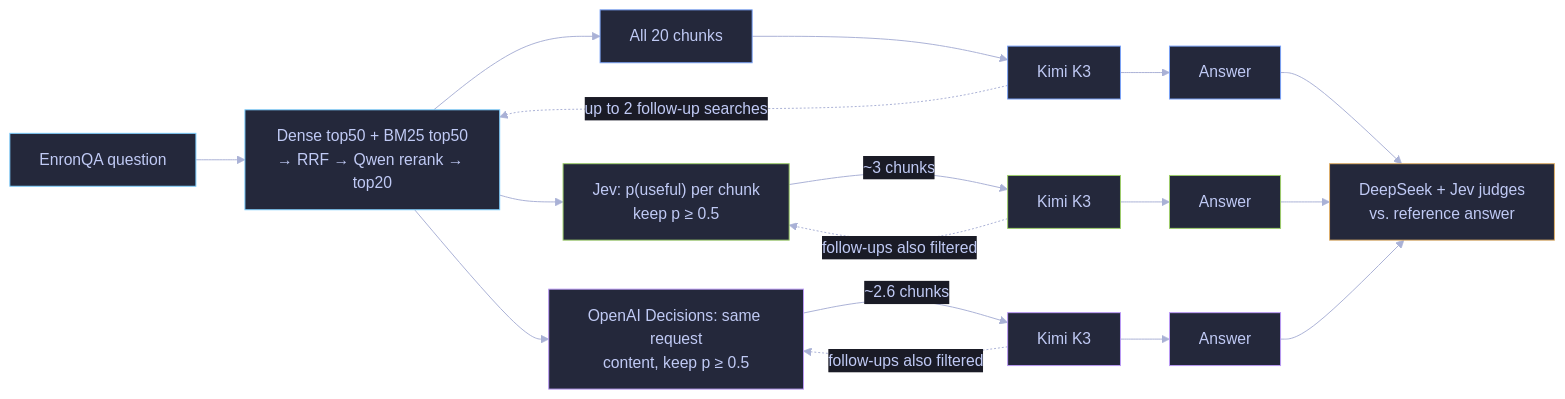
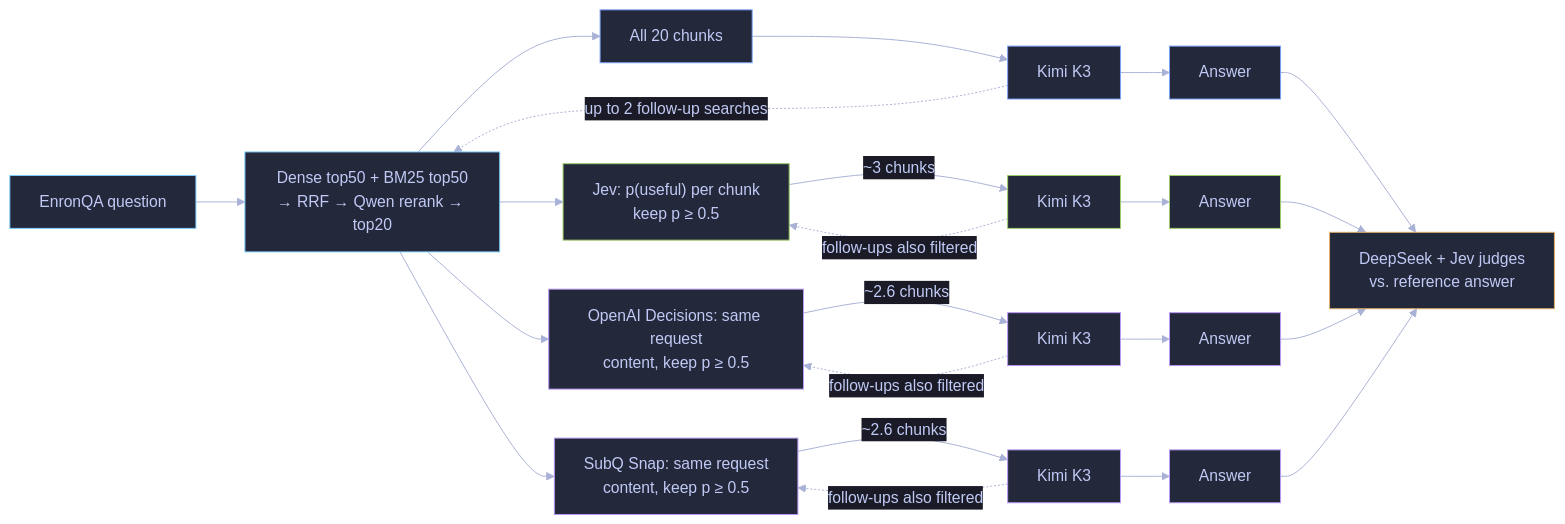
Before and after one commit to dorkitude/decision-model-testing: the first of 2 diagrams in experiments/jev-search-result-narrower/README.md, drawn with Mermaid. The commit also changed other lines of this file and 9 other files, not shown here.

````diff
--- a/experiments/jev-search-result-narrower/README.md
+++ b/experiments/jev-search-result-narrower/README.md
@@ -22,24 +22,27 @@
 ```mermaid
 %%{init: {"theme": "base", "themeVariables": {"background": "#1a1b26", "primaryColor": "#24283b", "primaryTextColor": "#c0caf5", "textColor": "#c0caf5", "primaryBorderColor": "#7aa2f7", "lineColor": "#a9b1d6", "edgeLabelBackground": "#1a1b26"}}}%%
 flowchart LR
     Q["EnronQA question"] --> S["Dense top50 + BM25 top50<br/>→ RRF → Qwen rerank → top20"]
     S --> B["All 20 chunks"] --> KB["Kimi K3"] --> AB["Answer"]
     S --> J["Jev: p(useful) per chunk<br/>keep p ≥ 0.5"] -->|"~3 chunks"| KF["Kimi K3"] --> AF["Answer"]
     S --> D["OpenAI Decisions: same request<br/>content, keep p ≥ 0.5"] -->|"~2.6 chunks"| KD["Kimi K3"] --> AD["Answer"]
+    S --> U["SubQ Snap: same request<br/>content, keep p ≥ 0.5"] -->|"~2.6 chunks"| KU["Kimi K3"] --> AU["Answer"]
     KB -. "up to 2 follow-up searches" .-> S
     KF -. "follow-ups also filtered" .-> J
     KD -. "follow-ups also filtered" .-> D
+    KU -. "follow-ups also filtered" .-> U
     AB --> G["DeepSeek + Jev judges<br/>vs. reference answer"]
     AF --> G
     AD --> G
+    AU --> G
     classDef shared fill:#24283b,stroke:#7dcfff,color:#c0caf5;
     classDef baseline fill:#24283b,stroke:#7aa2f7,color:#c0caf5;
     classDef jev fill:#24283b,stroke:#9ece6a,color:#c0caf5;
     classDef decisions fill:#24283b,stroke:#bb9af7,color:#c0caf5;
     classDef score fill:#24283b,stroke:#e0af68,color:#c0caf5;
     class Q,S shared;
     class B,KB,AB baseline;
     class J,KF,AF jev;
-    class D,KD,AD decisions;
+    class D,KD,AD,U,KU,AU decisions;
     class G score;
 ```
````
